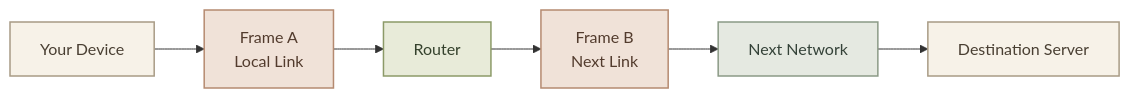
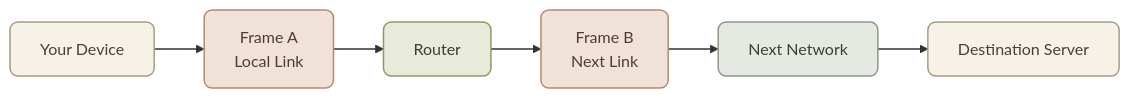
Before and after one commit to mustafammasoud/ops-handbook: the fourth of 4 diagrams in content/networking/encapsulation-and-decapsulation.mdx, drawn with Mermaid. The commit also changed other lines of this file and 7 other files, not shown here.

````diff
--- a/content/networking/encapsulation-and-decapsulation.mdx
+++ b/content/networking/encapsulation-and-decapsulation.mdx
@@ -207,18 +232,19 @@
 ```mermaid
 flowchart LR
     A[" Your Device"] --> B["Frame A<br/>Local Link"]
     B --> C["Router"]
     C --> D["Frame B<br/>Next Link"]
     D --> E[" Next Network"]
     E --> F[" Destination Server"]
 
-    classDef device fill:#F7F2E8,stroke:#A89B85,color:#493F32,stroke-width:1.5px
-    classDef frame fill:#F0E2D8,stroke:#B58A70,color:#523B2D,stroke-width:1.5px
-    classDef router fill:#E8EBD9,stroke:#8C9A68,color:#34412C,stroke-width:1.5px
-    classDef network fill:#E5E9E1,stroke:#8B9A86,color:#344238,stroke-width:1.5px
+    classDef device fill:#F7F2E8,stroke:#A89B85,color:#493F32,stroke-width:1.5px,rx:8,ry:8
+    classDef frame fill:#F0E2D8,stroke:#B58A70,color:#523B2D,stroke-width:1.5px,rx:8,ry:8
+    classDef router fill:#E8EBD9,stroke:#8C9A68,color:#34412C,stroke-width:1.5px,rx:8,ry:8
+    classDef network fill:#E5E9E1,stroke:#8B9A86,color:#344238,stroke-width:1.5px,rx:8,ry:8
 
     class A,F device
     class B,D frame
     class C router
     class E network
+    linkStyle default stroke-width:1.7px
 ```
````
